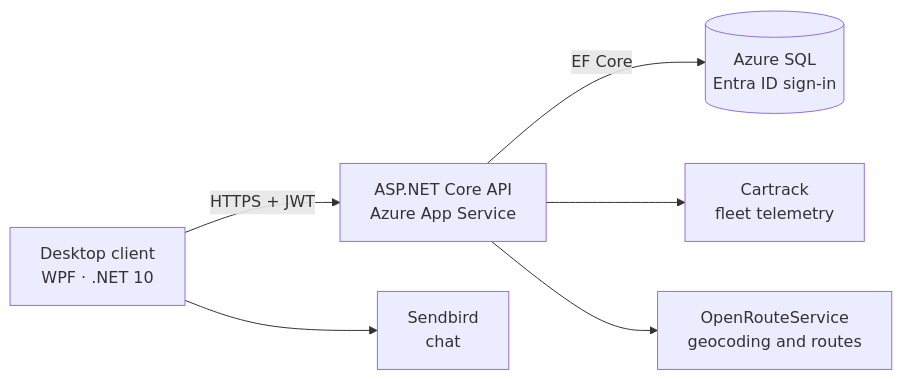
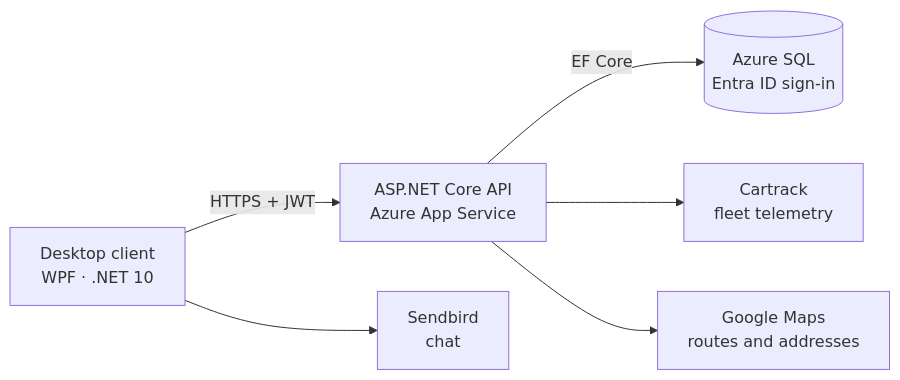
The diagram in README.md (EthanKistan/sacks-packaging-lms), drawn with Mermaid before and after one commit. The commit also changed other lines of this file, not shown here.

````diff
--- a/README.md
+++ b/README.md
@@ -52,8 +68,8 @@
 ```mermaid
 flowchart LR
     Client["Desktop client<br/>WPF · .NET 10"] -- "HTTPS + JWT" --> Api["ASP.NET Core API<br/>Azure App Service"]
     Api -- "EF Core" --> Db[("Azure SQL<br/>Entra ID sign-in")]
     Api --> Cartrack["Cartrack<br/>fleet telemetry"]
-    Api --> Ors["OpenRouteService<br/>geocoding and routes"]
+    Api --> Maps["Google Maps<br/>routes and addresses"]
     Client --> Sendbird["Sendbird<br/>chat"]
 ```
````
